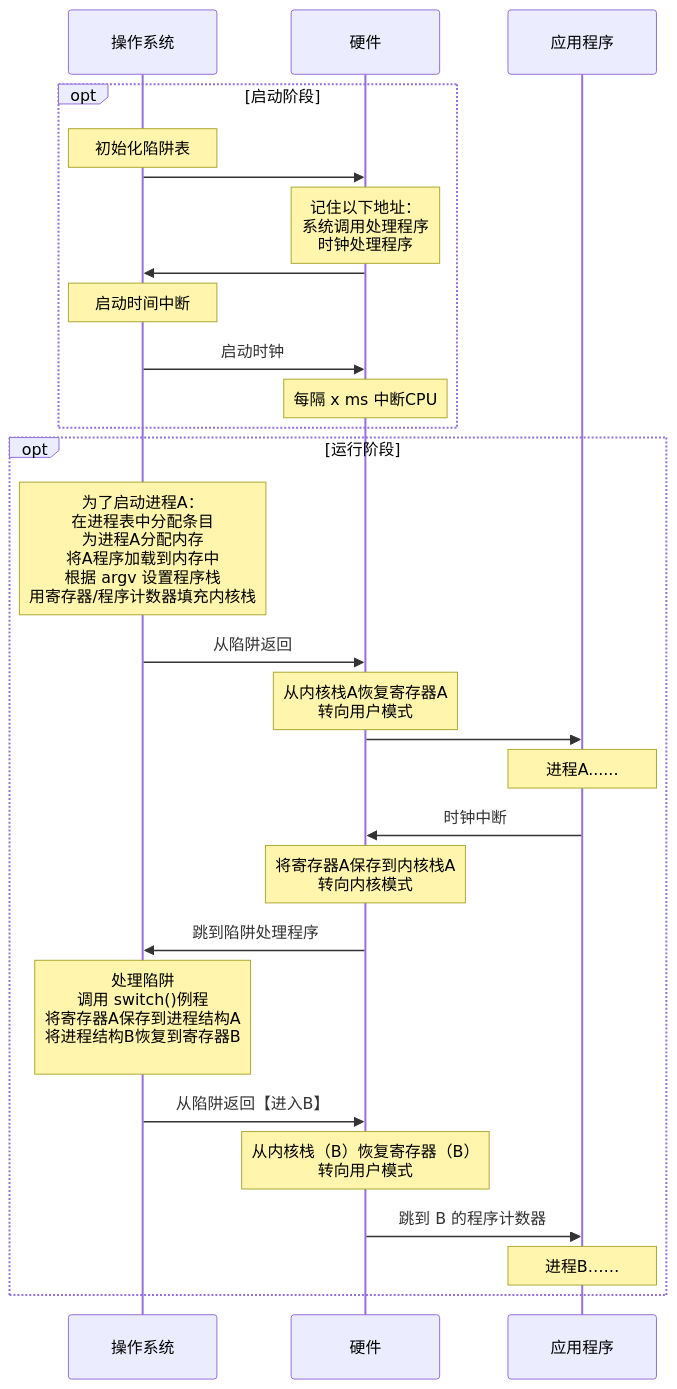
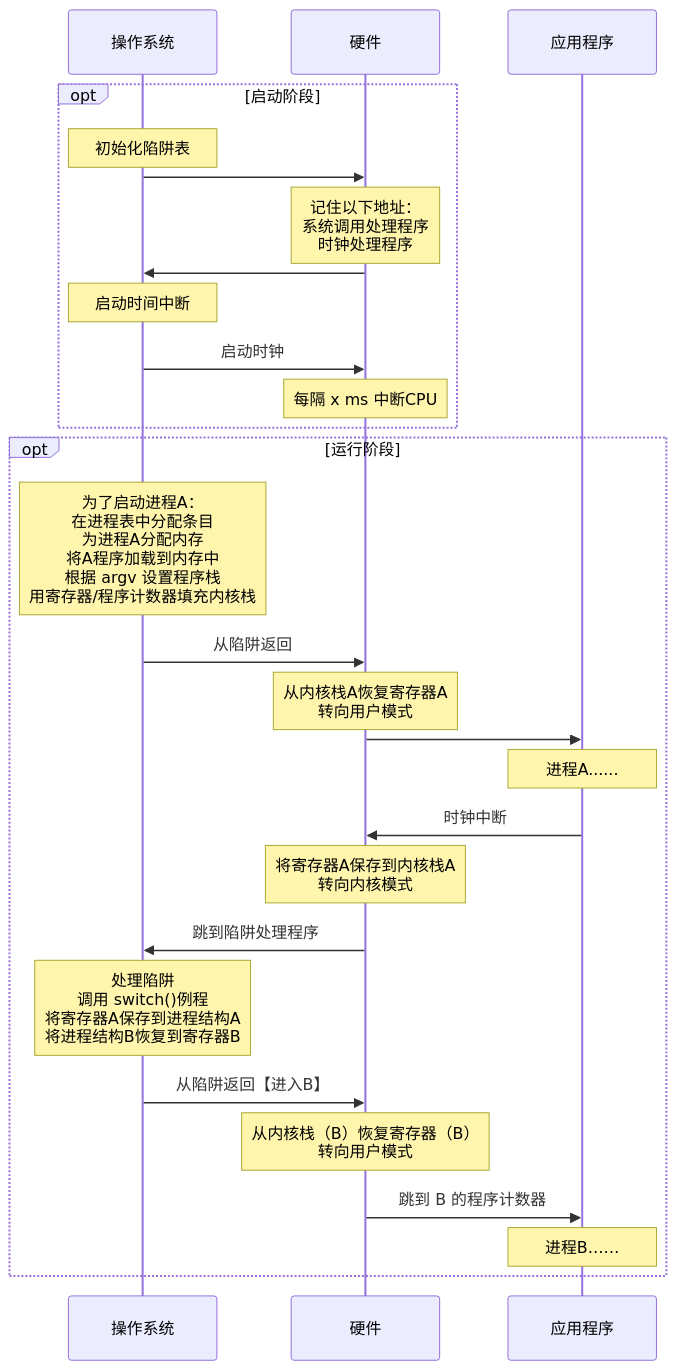
One commit to sunzhangshuai/myos changed the second of 5 diagrams in 操作系统导论.md. Above: the diagram before and after it, drawn with Mermaid.

Commit message:
操作系统导论

````diff
--- a/操作系统导论.md
+++ b/操作系统导论.md
@@ -177,30 +177,30 @@
 ```mermaid
 sequenceDiagram
 	participant A as 操作系统
 	participant B as 硬件
 	participant C as 应用程序
 	opt 启动阶段 
         Note over A: 初始化陷阱表
         A->>B: 
         Note over B: 记住以下地址：<br />系统调用处理程序<br />时钟处理程序
         B->>A: 
         Note over A: 启动时间中断
         A->>B: 启动时钟
         Note over B: 每隔 x ms 中断CPU
     end
     opt 运行阶段 
     	Note over A: 为了启动进程A：<br />在进程表中分配条目<br />为进程A分配内存<br />将A程序加载到内存中<br />根据 argv 设置程序栈<br />用寄存器/程序计数器填充内核栈
     	A->>B: 从陷阱返回
     	Note over B: 从内核栈A恢复寄存器A<br />转向用户模式
     	B->>C: 
     	Note over  C: 进程A......
     	C->>B: 时钟中断
     	Note over B: 将寄存器A保存到内核栈A<br />转向内核模式
     	B->>A: 跳到陷阱处理程序
-    	Note over A: 处理陷阱<br />调用 switch()例程<br />将寄存器A保存到进程结构A<br />将进程结构B恢复到寄存器B<br />
+    	Note over A: 处理陷阱<br />调用 switch()例程<br />将寄存器A保存到进程结构A<br />将进程结构B恢复到寄存器B
     	A->>B: 从陷阱返回【进入B】
     	Note over B: 从内核栈（B）恢复寄存器（B）<br />转向用户模式
     	B->>C: 跳到 B 的程序计数器
     	Note over  C: 进程B……
     end
 ```
````
